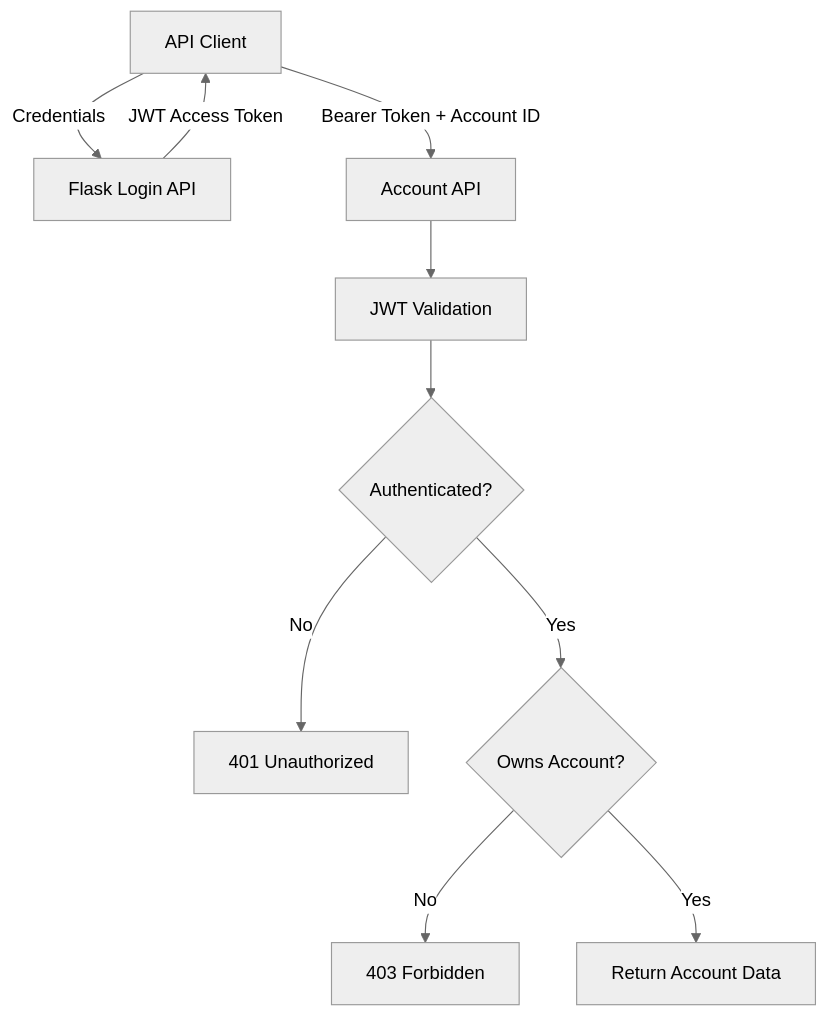
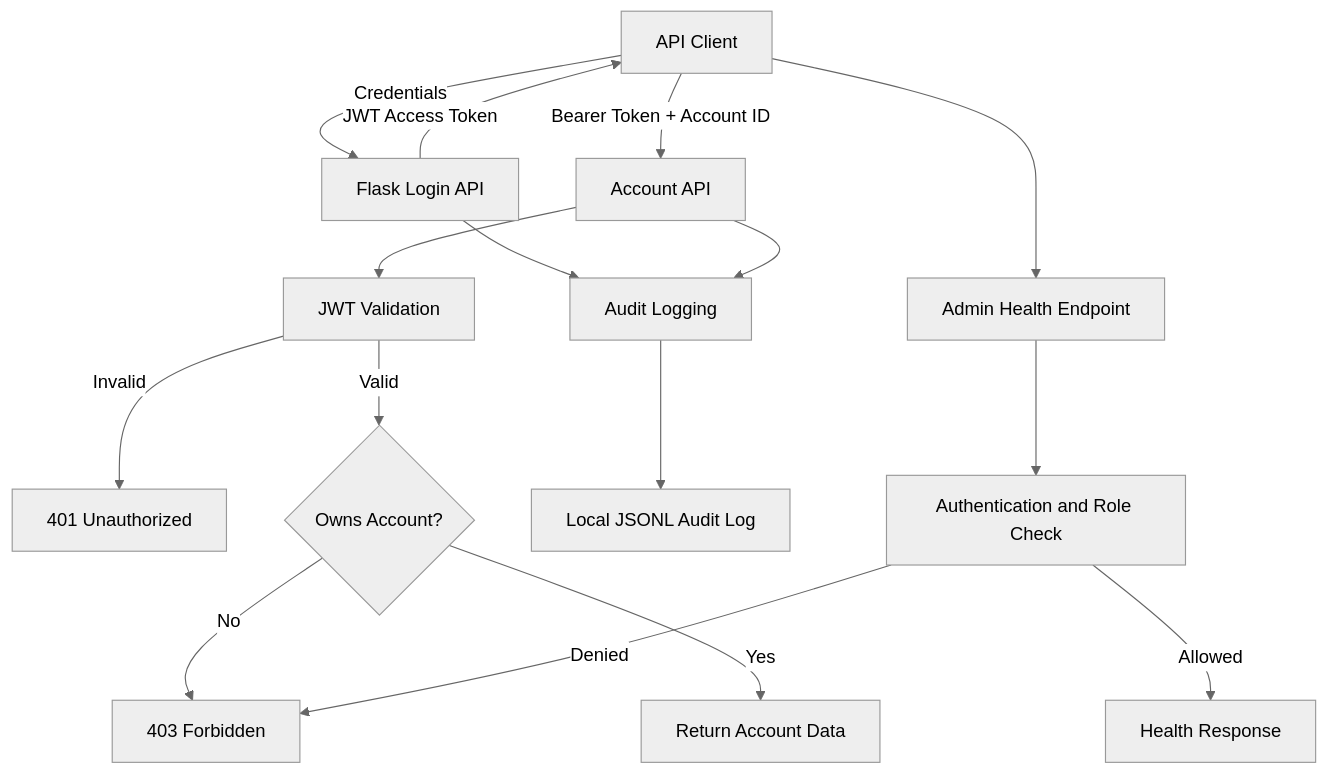
Before and after one commit to nikhildudhuke123/threat-modeling-lab: the diagram in README.md, drawn with Mermaid (neutral theme). The commit also changed other lines of this file, not shown here.

````diff
--- a/README.md
+++ b/README.md
@@ -23,12 +21,18 @@
 ```mermaid
 flowchart TD
-    U[API Client] -->|Credentials| A[Flask Login API]
-    A -->|JWT Access Token| U
-    U -->|Bearer Token + Account ID| B[Account API]
-    B --> C[JWT Validation]
-    C --> D{Authenticated?}
-    D -->|No| E[401 Unauthorized]
-    D -->|Yes| F{Owns Account?}
-    F -->|No| G[403 Forbidden]
-    F -->|Yes| H[Return Account Data]
+    U[API Client] -->|Credentials| L[Flask Login API]
+    L -->|JWT Access Token| U
+    U -->|Bearer Token + Account ID| A[Account API]
+    A --> J[JWT Validation]
+    J -->|Invalid| E401[401 Unauthorized]
+    J -->|Valid| O{Owns Account?}
+    O -->|No| E403[403 Forbidden]
+    O -->|Yes| D[Return Account Data]
+    L --> AU[Audit Logging]
+    A --> AU
+    AU --> AL[Local JSONL Audit Log]
+    U --> AD[Admin Health Endpoint]
+    AD --> R[Authentication and Role Check]
+    R -->|Denied| E403
+    R -->|Allowed| H[Health Response]
 ```
````
